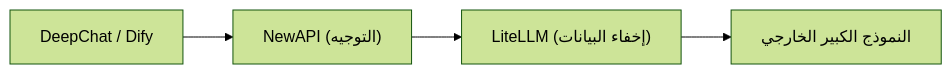
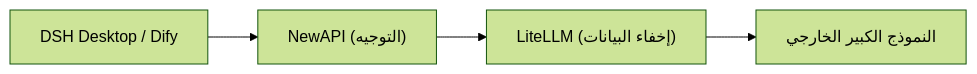
Before and after one commit to sdlyxianchao/AIAllInOne: the diagram in docs/i18n/admin-manual-ar/ch01-overview.md, drawn with Mermaid (forest theme). The commit also changed other lines of this file and 306 other files, not shown here.

````diff
--- a/docs/i18n/admin-manual-ar/ch01-overview.md
+++ b/docs/i18n/admin-manual-ar/ch01-overview.md
@@ -71,6 +71,6 @@
 ```mermaid
 flowchart LR
-    A["DeepChat / Dify"] --> B["NewAPI (التوجيه)"]
+    A["DSH Desktop / Dify"] --> B["NewAPI (التوجيه)"]
     B["NewAPI (التوجيه)"] --> C["LiteLLM (إخفاء البيانات)"]
     C["LiteLLM (إخفاء البيانات)"] --> D["النموذج الكبير الخارجي"]
 ```
````
